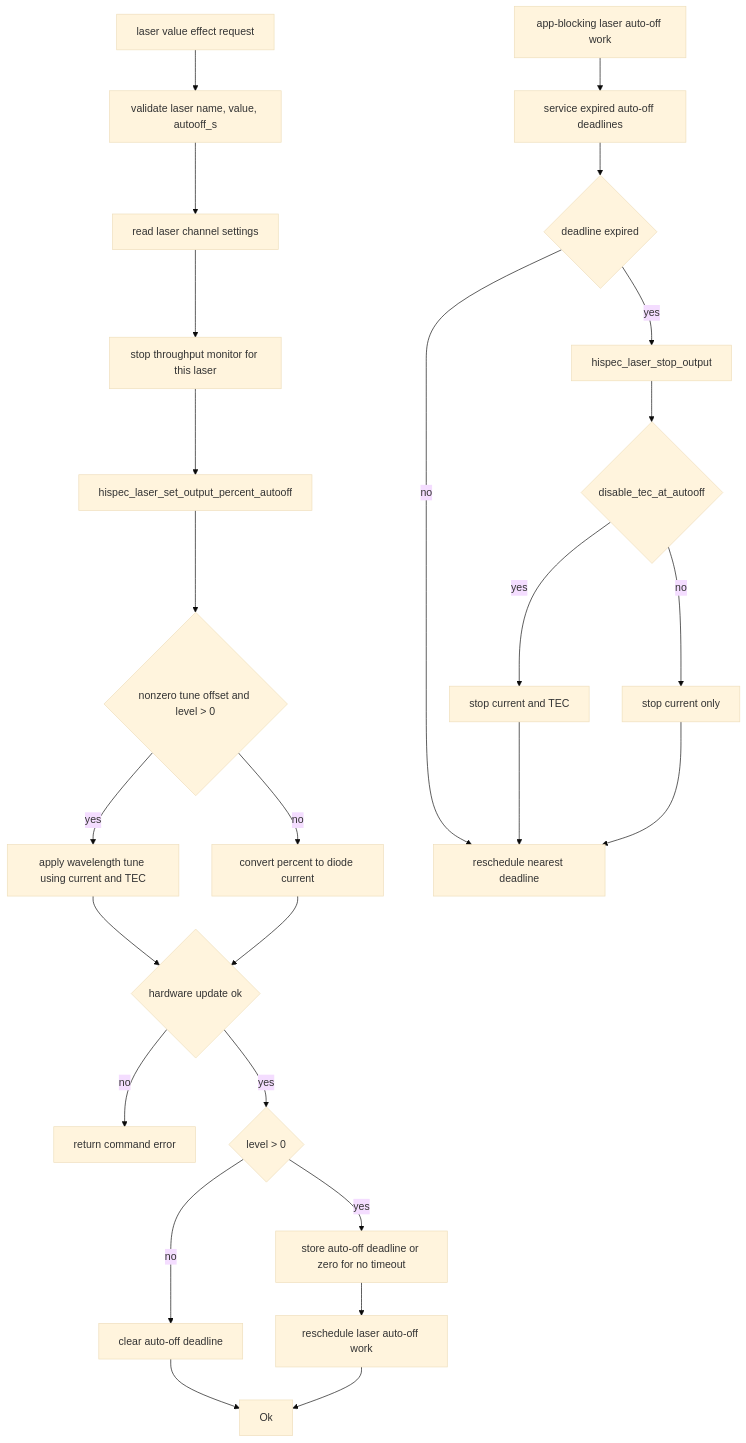
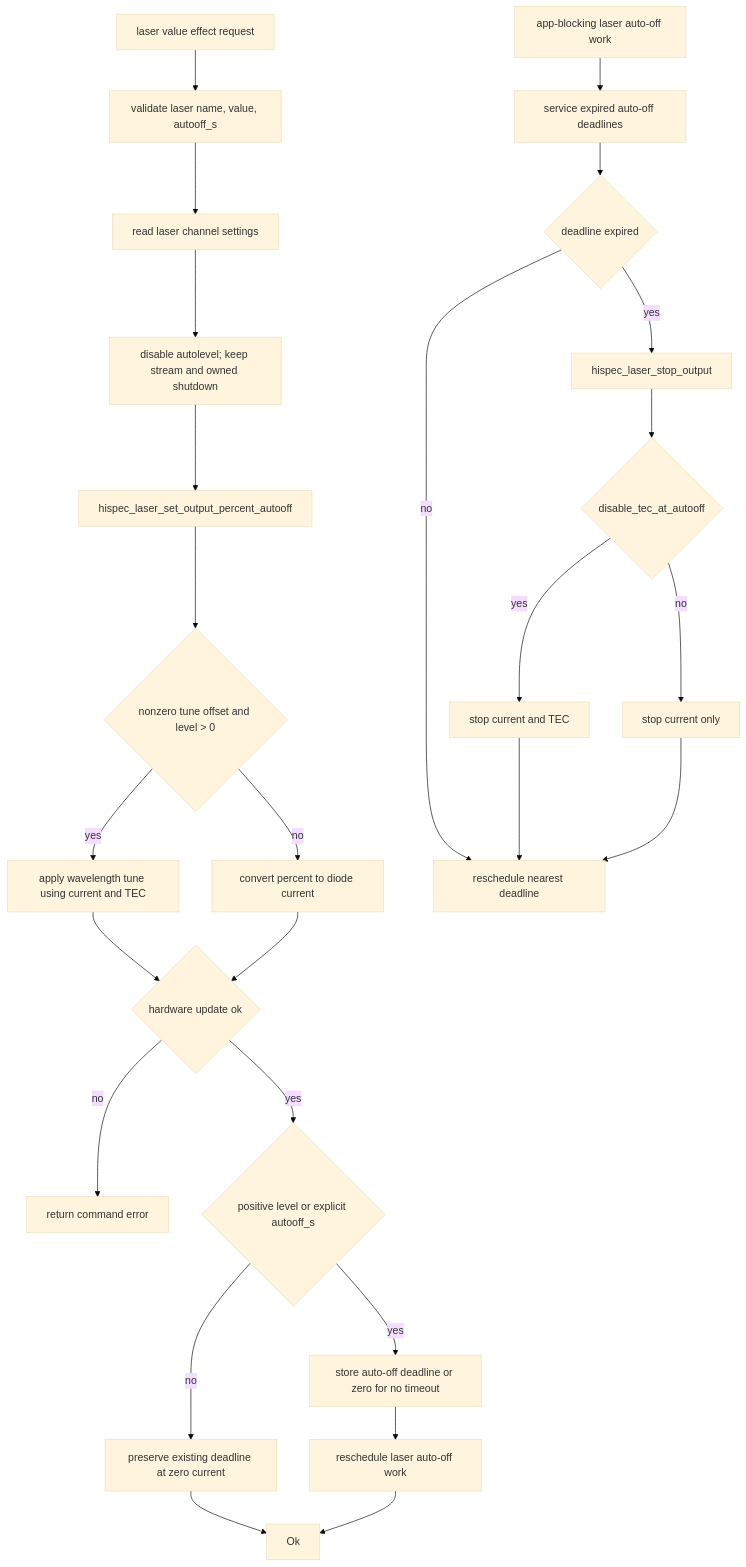
One commit to COO-Utilities/hispec-tib changed diagram 23 of 25 in doc/diagrams.md. Above: the diagram before and after it, drawn with Mermaid (base theme). The commit also changed other lines of this file and 17 other files, not shown here.

Commit message:
Make throughput dimming priority selectable and bound laser startup

````diff
--- a/doc/diagrams.md
+++ b/doc/diagrams.md
@@ -524,29 +527,29 @@
 ```mermaid
 flowchart TD
   Request[laser value effect request] --> Parse[validate laser name, value, autooff_s]
   Parse --> Settings[read laser channel settings]
-  Settings --> StopTP[stop throughput monitor for this laser]
+  Settings --> StopTP[disable autolevel; keep stream and owned shutdown]
   StopTP --> SetOutput[hispec_laser_set_output_percent_autooff]
   SetOutput --> Tuned{nonzero tune offset and level > 0}
   Tuned -- yes --> Tune[apply wavelength tune using current and TEC]
   Tuned -- no --> Percent[convert percent to diode current]
   Tune --> Applied{hardware update ok}
   Percent --> Applied
   Applied -- no --> Error[return command error]
-  Applied -- yes --> LevelPositive{level > 0}
+  Applied -- yes --> LevelPositive{positive level or explicit autooff_s}
   LevelPositive -- yes --> Deadline[store auto-off deadline or zero for no timeout]
-  LevelPositive -- no --> Clear[clear auto-off deadline]
+  LevelPositive -- no --> Clear[preserve existing deadline at zero current]
   Deadline --> ScheduleTimeout[reschedule laser auto-off work]
   Clear --> Ok
   ScheduleTimeout --> Ok
 
   TimeoutActor[app-blocking laser auto-off work] --> Service[service expired auto-off deadlines]
   Service --> Expired{deadline expired}
   Expired -- no --> Wait[reschedule nearest deadline]
   Expired -- yes --> StopOutput[hispec_laser_stop_output]
   StopOutput --> DisableTec{disable_tec_at_autooff}
   DisableTec -- yes --> TecOff[stop current and TEC]
   DisableTec -- no --> CurrentOff[stop current only]
   TecOff --> Wait
   CurrentOff --> Wait
 ```
````
